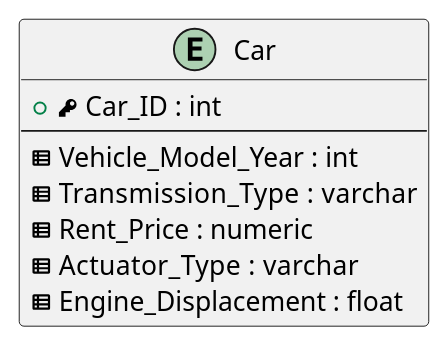
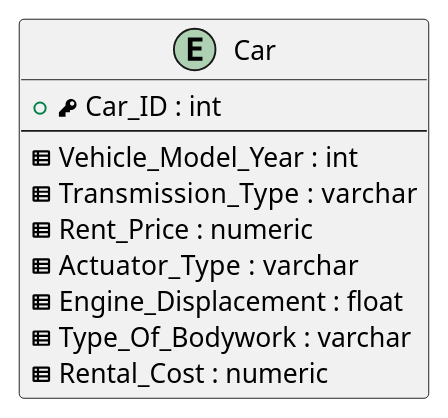
One commit to DmitryVasilkovW/ITMO-Database-design-labs-4-sem changed the diagram in Labs/Lab1/Tables/Entities/Car.puml. Above: the diagram before and after it, drawn with PlantUML. The commit also changed 9 other files, not shown here.

```diff
--- a/Labs/Lab1/Tables/Entities/Car.puml
+++ b/Labs/Lab1/Tables/Entities/Car.puml
@@ -1,12 +1,14 @@
 @startuml
 entity "Car" as car
 {
   +<&key> Car_ID : int
   --
   <&spreadsheet> Vehicle_Model_Year : int
   <&spreadsheet> Transmission_Type  : varchar
   <&spreadsheet> Rent_Price : numeric
   <&spreadsheet> Actuator_Type  : varchar
   <&spreadsheet> Engine_Displacement : float
+  <&spreadsheet> Type_Of_Bodywork : varchar
+  <&spreadsheet> Rental_Cost : numeric
 }
 @enduml
```
